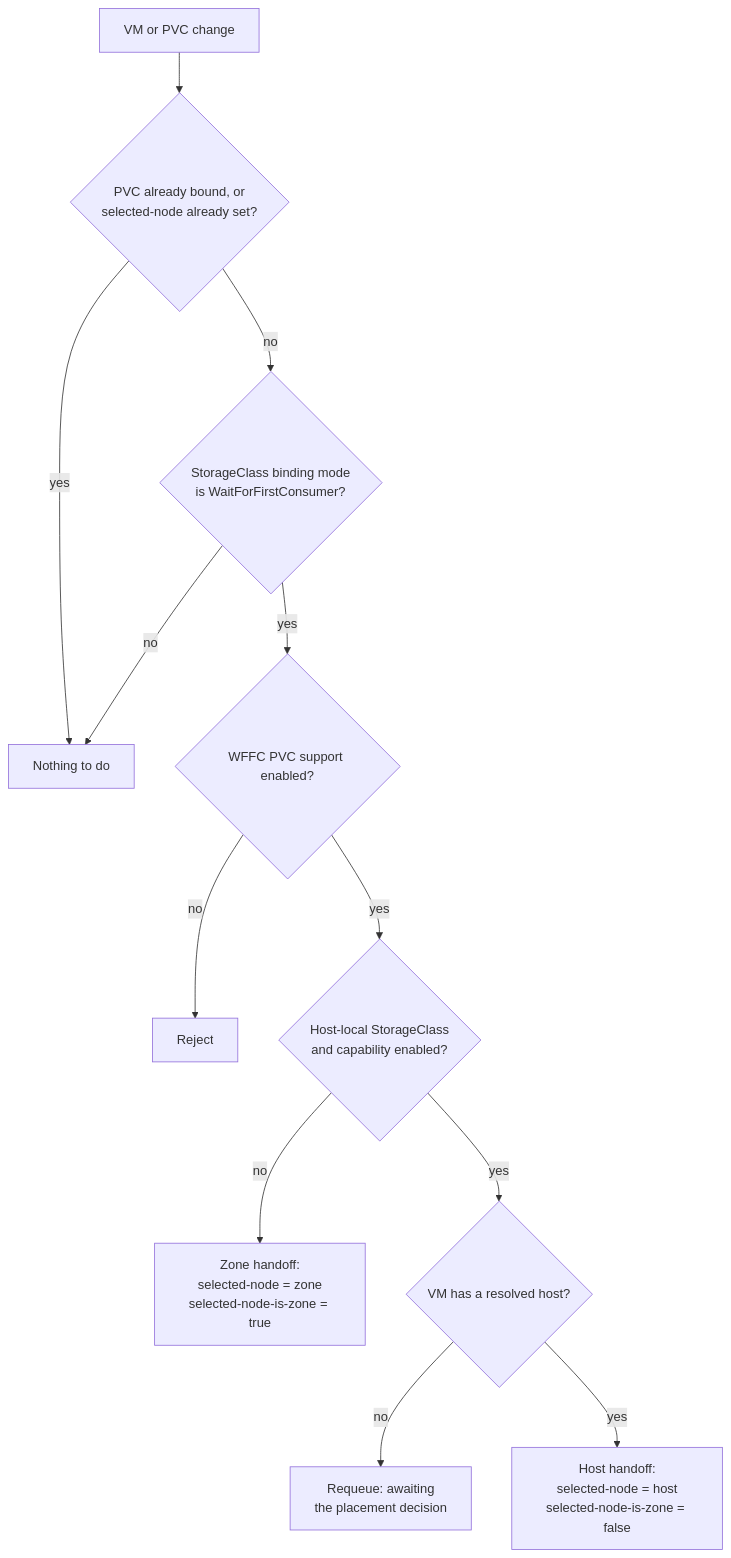
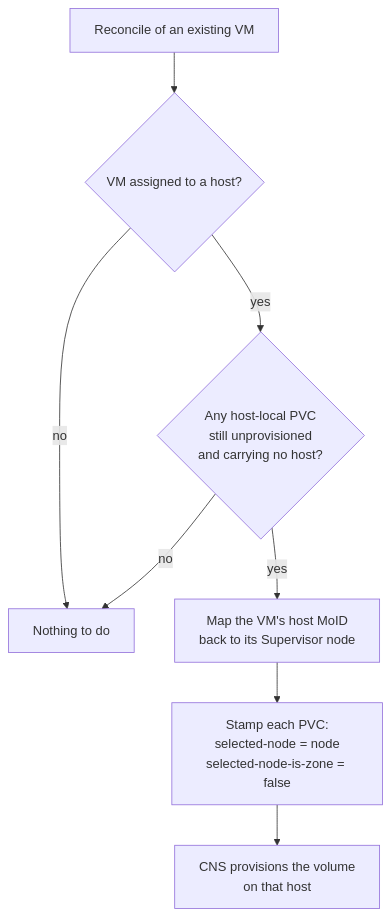
One commit to vmware-tanzu/vm-operator changed the sixth of 8 diagrams in .sdd/specs/004-host-local-storage/architecture.md. Above: the diagram before and after it, drawn with Mermaid. The commit also changed other lines of this file and 26 other files, not shown here.

````diff
--- a/.sdd/specs/004-host-local-storage/architecture.md
+++ b/.sdd/specs/004-host-local-storage/architecture.md
@@ -378,14 +388,10 @@
 ```mermaid
 flowchart TD
-    A[VM or PVC change] --> B{PVC already bound, or<br/>selected-node already set?}
-    B -- yes --> Z[Nothing to do]
-    B -- no --> C{StorageClass binding mode<br/>is WaitForFirstConsumer?}
+    A[Reconcile of an existing VM] --> B{VM assigned to a host?}
+    B -- no --> Z[Nothing to do]
+    B -- yes --> C{Any host-local PVC<br/>still unprovisioned<br/>and carrying no host?}
     C -- no --> Z
-    C -- yes --> D{WFFC PVC support enabled?}
-    D -- no --> E[Reject]
-    D -- yes --> F{Host-local StorageClass<br/>and capability enabled?}
-    F -- no --> G["Zone handoff:<br/>selected-node = zone<br/>selected-node-is-zone = true"]
-    F -- yes --> H{VM has a resolved host?}
-    H -- no --> I[Requeue: awaiting<br/>the placement decision]
-    H -- yes --> J["Host handoff:<br/>selected-node = host<br/>selected-node-is-zone = false"]
+    C -- yes --> D[Map the VM's host MoID<br/>back to its Supervisor node]
+    D --> E["Stamp each PVC:<br/>selected-node = node<br/>selected-node-is-zone = false"]
+    E --> F[CNS provisions the volume<br/>on that host]
 ```
````
